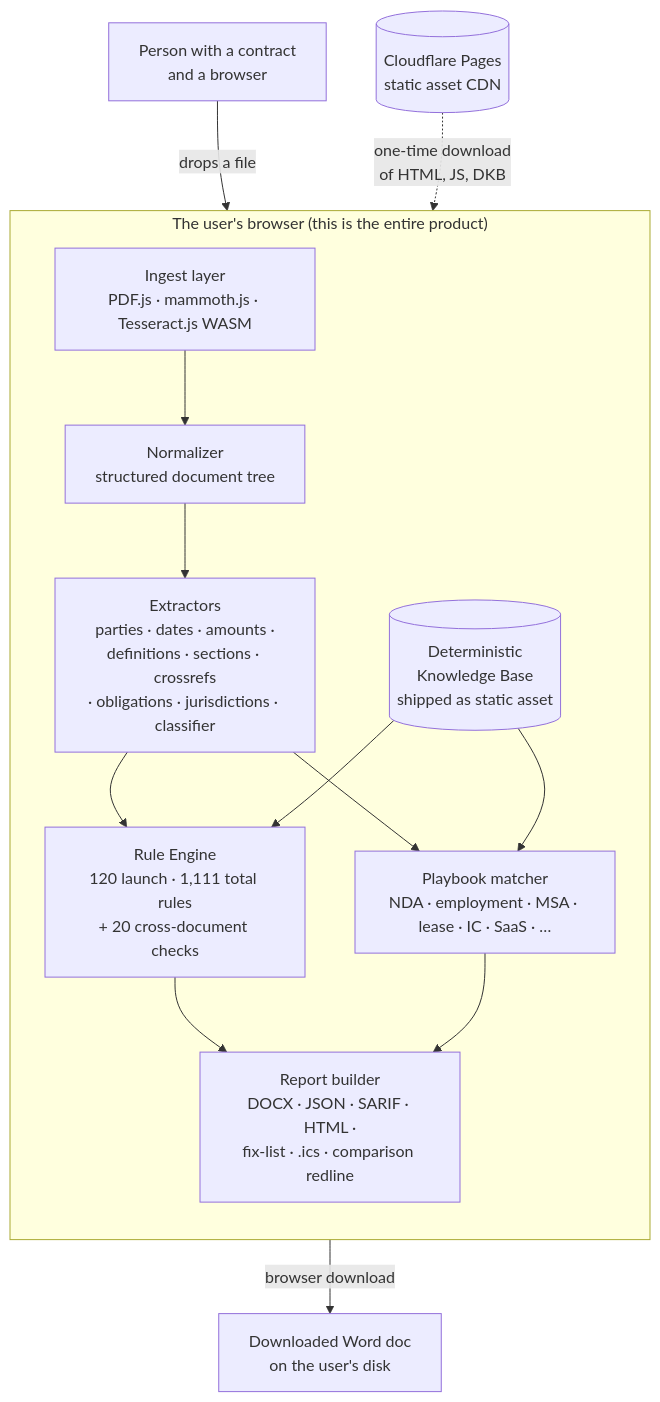
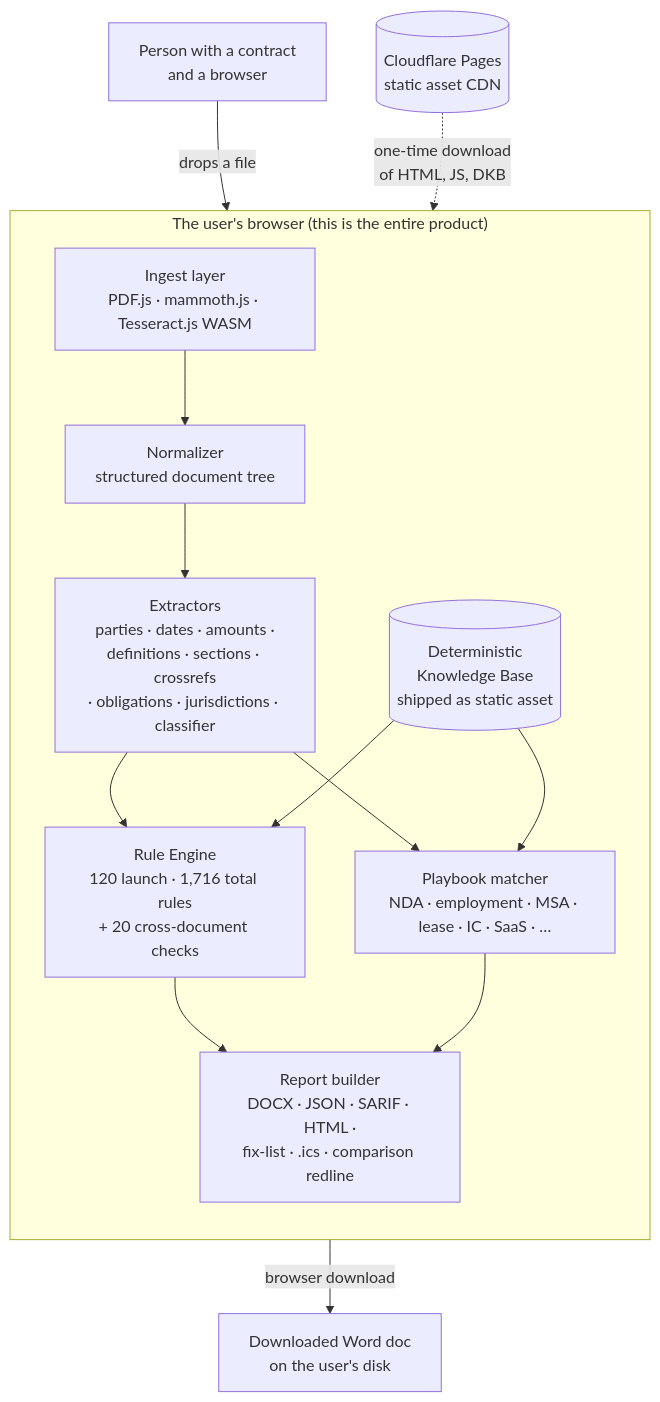
One commit to clay-good/vaulytica changed the diagram in docs/architecture.md. Above: the diagram before and after it, drawn with Mermaid. The commit also changed 143 other files, not shown here.

````diff
--- a/docs/architecture.md
+++ b/docs/architecture.md
@@ -5,28 +5,28 @@
 ```mermaid
 flowchart TB
     user[Person with a contract<br/>and a browser]
 
     subgraph browser["The user's browser (this is the entire product)"]
         direction TB
         ingest[Ingest layer<br/>PDF.js · mammoth.js · Tesseract.js WASM]
         normalize[Normalizer<br/>structured document tree]
         extract[Extractors<br/>parties · dates · amounts ·<br/>definitions · sections · crossrefs<br/>· obligations · jurisdictions · classifier]
-        engine[Rule Engine<br/>120 launch · 1,111 total rules<br/>+ 20 cross-document checks]
+        engine[Rule Engine<br/>120 launch · 1,716 total rules<br/>+ 20 cross-document checks]
         playbook[Playbook matcher<br/>NDA · employment · MSA · lease · IC · SaaS · …]
         dkb[(Deterministic<br/>Knowledge Base<br/>shipped as static asset)]
         report[Report builder<br/>DOCX · JSON · SARIF · HTML ·<br/>fix-list · .ics · comparison redline]
     end
 
     cdn[(Cloudflare Pages<br/>static asset CDN)]
     download[Downloaded Word doc<br/>on the user's disk]
 
     user -- "drops a file" --> ingest
     cdn -. "one-time download<br/>of HTML, JS, DKB" .-> browser
     ingest --> normalize --> extract --> engine
     extract --> playbook
     dkb --> engine
     dkb --> playbook
     engine --> report
     playbook --> report
     report -- "browser download" --> download
 ```
````
